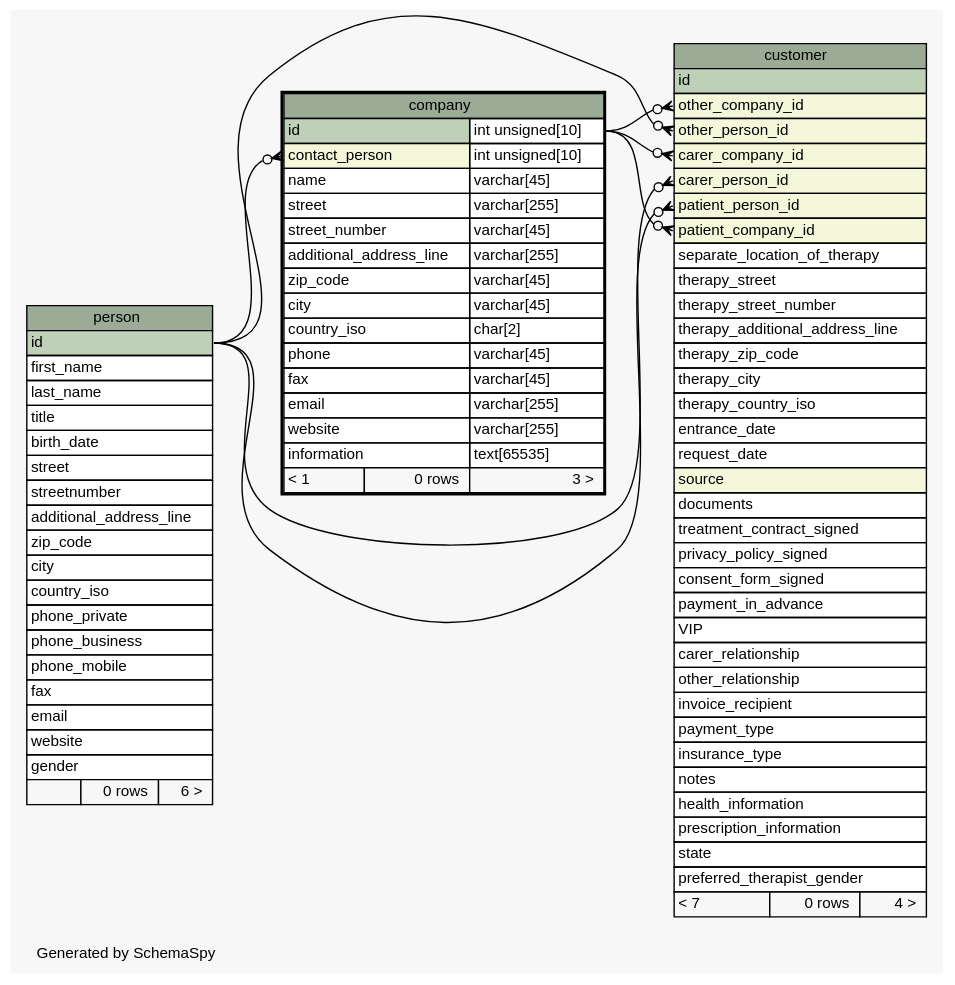
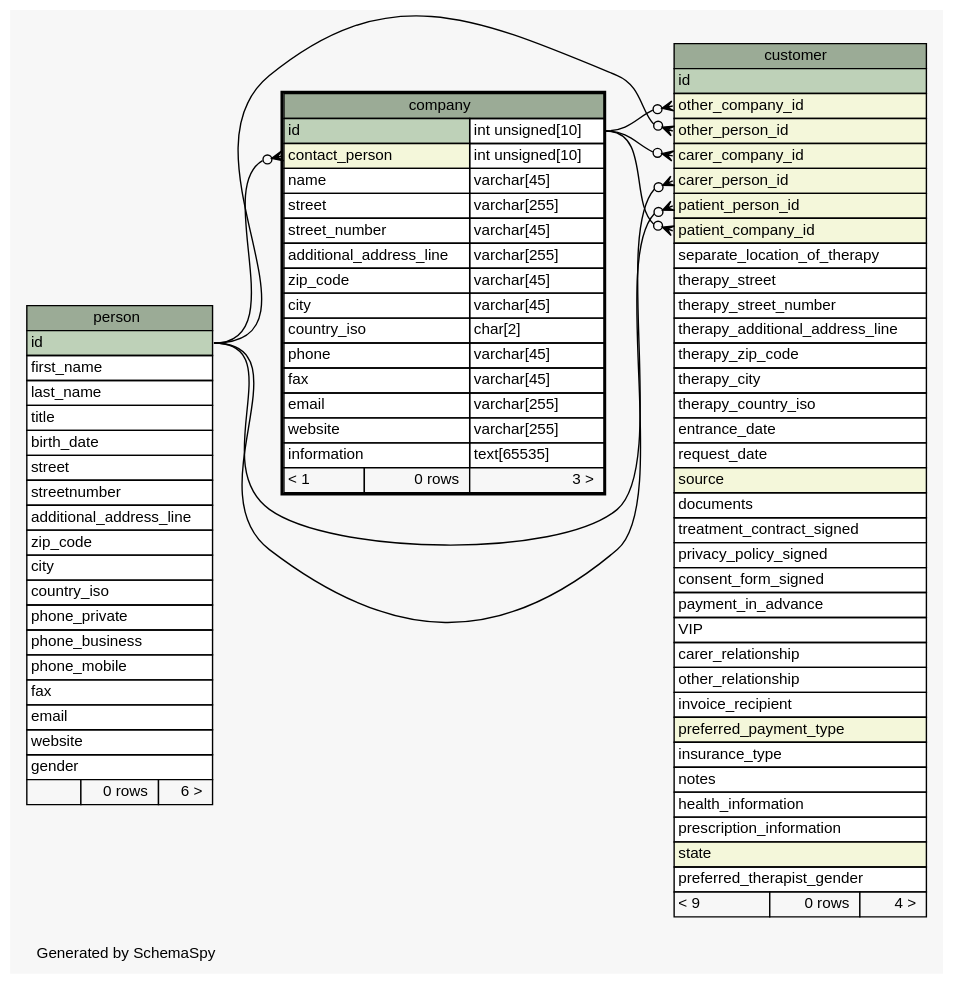
The diagram in diagrams/company.1degree.dot (KaiBMP/KaiBMP.github.io), drawn with Graphviz before and after one commit. The commit also changed 122 other files, not shown here.

Commit message:
schemaspy update

```diff
--- a/diagrams/company.1degree.dot
+++ b/diagrams/company.1degree.dot
@@ -1,121 +1,121 @@
 // dot 2.40.1 on Linux 5.0.0-37-generic
 // SchemaSpy rev 590
 digraph "oneDegreeRelationshipsDiagram" {
   graph [
     rankdir="RL"
     bgcolor="#f7f7f7"
     label="\nGenerated by SchemaSpy"
     labeljust="l"
     nodesep="0.18"
     ranksep="0.46"
     fontname="Helvetica"
     fontsize="11"
   ];
   node [
     fontname="Helvetica"
     fontsize="11"
     shape="plaintext"
   ];
   edge [
     arrowsize="0.8"
   ];
   "company":"contact_person":w -> "person":"id":e [arrowhead=none dir=back arrowtail=crowodot];
   "customer":"carer_company_id":w -> "company":"id.type":e [arrowhead=none dir=back arrowtail=crowodot];
   "customer":"carer_person_id":w -> "person":"id":e [arrowhead=none dir=back arrowtail=crowodot];
   "customer":"other_company_id":w -> "company":"id.type":e [arrowhead=none dir=back arrowtail=crowodot];
   "customer":"other_person_id":w -> "person":"id":e [arrowhead=none dir=back arrowtail=crowodot];
   "customer":"patient_company_id":w -> "company":"id.type":e [arrowhead=none dir=back arrowtail=crowodot];
   "customer":"patient_person_id":w -> "person":"id":e [arrowhead=none dir=back arrowtail=crowodot];
   "company" [
     label=<
     <TABLE BORDER="2" CELLBORDER="1" CELLSPACING="0" BGCOLOR="#ffffff">
       <TR><TD COLSPAN="3" BGCOLOR="#9bab96" ALIGN="CENTER">company</TD></TR>
       <TR><TD PORT="id" COLSPAN="2" BGCOLOR="#bed1b8" ALIGN="LEFT">id</TD><TD PORT="id.type" ALIGN="LEFT">int unsigned[10]</TD></TR>
       <TR><TD PORT="contact_person" COLSPAN="2" BGCOLOR="#f4f7da" ALIGN="LEFT">contact_person</TD><TD PORT="contact_person.type" ALIGN="LEFT">int unsigned[10]</TD></TR>
       <TR><TD PORT="name" COLSPAN="2" ALIGN="LEFT">name</TD><TD PORT="name.type" ALIGN="LEFT">varchar[45]</TD></TR>
       <TR><TD PORT="street" COLSPAN="2" ALIGN="LEFT">street</TD><TD PORT="street.type" ALIGN="LEFT">varchar[255]</TD></TR>
       <TR><TD PORT="street_number" COLSPAN="2" ALIGN="LEFT">street_number</TD><TD PORT="street_number.type" ALIGN="LEFT">varchar[45]</TD></TR>
       <TR><TD PORT="additional_address_line" COLSPAN="2" ALIGN="LEFT">additional_address_line</TD><TD PORT="additional_address_line.type" ALIGN="LEFT">varchar[255]</TD></TR>
       <TR><TD PORT="zip_code" COLSPAN="2" ALIGN="LEFT">zip_code</TD><TD PORT="zip_code.type" ALIGN="LEFT">varchar[45]</TD></TR>
       <TR><TD PORT="city" COLSPAN="2" ALIGN="LEFT">city</TD><TD PORT="city.type" ALIGN="LEFT">varchar[45]</TD></TR>
       <TR><TD PORT="country_iso" COLSPAN="2" ALIGN="LEFT">country_iso</TD><TD PORT="country_iso.type" ALIGN="LEFT">char[2]</TD></TR>
       <TR><TD PORT="phone" COLSPAN="2" ALIGN="LEFT">phone</TD><TD PORT="phone.type" ALIGN="LEFT">varchar[45]</TD></TR>
       <TR><TD PORT="fax" COLSPAN="2" ALIGN="LEFT">fax</TD><TD PORT="fax.type" ALIGN="LEFT">varchar[45]</TD></TR>
       <TR><TD PORT="email" COLSPAN="2" ALIGN="LEFT">email</TD><TD PORT="email.type" ALIGN="LEFT">varchar[255]</TD></TR>
       <TR><TD PORT="website" COLSPAN="2" ALIGN="LEFT">website</TD><TD PORT="website.type" ALIGN="LEFT">varchar[255]</TD></TR>
       <TR><TD PORT="information" COLSPAN="2" ALIGN="LEFT">information</TD><TD PORT="information.type" ALIGN="LEFT">text[65535]</TD></TR>
       <TR><TD ALIGN="LEFT" BGCOLOR="#f7f7f7">&lt; 1</TD><TD ALIGN="RIGHT" BGCOLOR="#f7f7f7">0 rows</TD><TD ALIGN="RIGHT" BGCOLOR="#f7f7f7">3 &gt;</TD></TR>
     </TABLE>>
     URL="company.html"
     tooltip="company"
   ];
   "customer" [
     label=<
     <TABLE BORDER="0" CELLBORDER="1" CELLSPACING="0" BGCOLOR="#ffffff">
       <TR><TD COLSPAN="3" BGCOLOR="#9bab96" ALIGN="CENTER">customer</TD></TR>
       <TR><TD PORT="id" COLSPAN="3" BGCOLOR="#bed1b8" ALIGN="LEFT">id</TD></TR>
       <TR><TD PORT="other_company_id" COLSPAN="3" BGCOLOR="#f4f7da" ALIGN="LEFT">other_company_id</TD></TR>
       <TR><TD PORT="other_person_id" COLSPAN="3" BGCOLOR="#f4f7da" ALIGN="LEFT">other_person_id</TD></TR>
       <TR><TD PORT="carer_company_id" COLSPAN="3" BGCOLOR="#f4f7da" ALIGN="LEFT">carer_company_id</TD></TR>
       <TR><TD PORT="carer_person_id" COLSPAN="3" BGCOLOR="#f4f7da" ALIGN="LEFT">carer_person_id</TD></TR>
       <TR><TD PORT="patient_person_id" COLSPAN="3" BGCOLOR="#f4f7da" ALIGN="LEFT">patient_person_id</TD></TR>
       <TR><TD PORT="patient_company_id" COLSPAN="3" BGCOLOR="#f4f7da" ALIGN="LEFT">patient_company_id</TD></TR>
       <TR><TD PORT="separate_location_of_therapy" COLSPAN="3" ALIGN="LEFT">separate_location_of_therapy</TD></TR>
       <TR><TD PORT="therapy_street" COLSPAN="3" ALIGN="LEFT">therapy_street</TD></TR>
       <TR><TD PORT="therapy_street_number" COLSPAN="3" ALIGN="LEFT">therapy_street_number</TD></TR>
       <TR><TD PORT="therapy_additional_address_line" COLSPAN="3" ALIGN="LEFT">therapy_additional_address_line</TD></TR>
       <TR><TD PORT="therapy_zip_code" COLSPAN="3" ALIGN="LEFT">therapy_zip_code</TD></TR>
       <TR><TD PORT="therapy_city" COLSPAN="3" ALIGN="LEFT">therapy_city</TD></TR>
       <TR><TD PORT="therapy_country_iso" COLSPAN="3" ALIGN="LEFT">therapy_country_iso</TD></TR>
       <TR><TD PORT="entrance_date" COLSPAN="3" ALIGN="LEFT">entrance_date</TD></TR>
       <TR><TD PORT="request_date" COLSPAN="3" ALIGN="LEFT">request_date</TD></TR>
       <TR><TD PORT="source" COLSPAN="3" BGCOLOR="#f4f7da" ALIGN="LEFT">source</TD></TR>
       <TR><TD PORT="documents" COLSPAN="3" ALIGN="LEFT">documents</TD></TR>
       <TR><TD PORT="treatment_contract_signed" COLSPAN="3" ALIGN="LEFT">treatment_contract_signed</TD></TR>
       <TR><TD PORT="privacy_policy_signed" COLSPAN="3" ALIGN="LEFT">privacy_policy_signed</TD></TR>
       <TR><TD PORT="consent_form_signed" COLSPAN="3" ALIGN="LEFT">consent_form_signed</TD></TR>
       <TR><TD PORT="payment_in_advance" COLSPAN="3" ALIGN="LEFT">payment_in_advance</TD></TR>
       <TR><TD PORT="VIP" COLSPAN="3" ALIGN="LEFT">VIP</TD></TR>
       <TR><TD PORT="carer_relationship" COLSPAN="3" ALIGN="LEFT">carer_relationship</TD></TR>
       <TR><TD PORT="other_relationship" COLSPAN="3" ALIGN="LEFT">other_relationship</TD></TR>
       <TR><TD PORT="invoice_recipient" COLSPAN="3" ALIGN="LEFT">invoice_recipient</TD></TR>
-      <TR><TD PORT="payment_type" COLSPAN="3" ALIGN="LEFT">payment_type</TD></TR>
+      <TR><TD PORT="preferred_payment_type" COLSPAN="3" BGCOLOR="#f4f7da" ALIGN="LEFT">preferred_payment_type</TD></TR>
       <TR><TD PORT="insurance_type" COLSPAN="3" ALIGN="LEFT">insurance_type</TD></TR>
       <TR><TD PORT="notes" COLSPAN="3" ALIGN="LEFT">notes</TD></TR>
       <TR><TD PORT="health_information" COLSPAN="3" ALIGN="LEFT">health_information</TD></TR>
       <TR><TD PORT="prescription_information" COLSPAN="3" ALIGN="LEFT">prescription_information</TD></TR>
-      <TR><TD PORT="state" COLSPAN="3" ALIGN="LEFT">state</TD></TR>
+      <TR><TD PORT="state" COLSPAN="3" BGCOLOR="#f4f7da" ALIGN="LEFT">state</TD></TR>
       <TR><TD PORT="preferred_therapist_gender" COLSPAN="3" ALIGN="LEFT">preferred_therapist_gender</TD></TR>
-      <TR><TD ALIGN="LEFT" BGCOLOR="#f7f7f7">&lt; 7</TD><TD ALIGN="RIGHT" BGCOLOR="#f7f7f7">0 rows</TD><TD ALIGN="RIGHT" BGCOLOR="#f7f7f7">4 &gt;</TD></TR>
+      <TR><TD ALIGN="LEFT" BGCOLOR="#f7f7f7">&lt; 9</TD><TD ALIGN="RIGHT" BGCOLOR="#f7f7f7">0 rows</TD><TD ALIGN="RIGHT" BGCOLOR="#f7f7f7">4 &gt;</TD></TR>
     </TABLE>>
     URL="customer.html"
     tooltip="customer"
   ];
   "person" [
     label=<
     <TABLE BORDER="0" CELLBORDER="1" CELLSPACING="0" BGCOLOR="#ffffff">
       <TR><TD COLSPAN="3" BGCOLOR="#9bab96" ALIGN="CENTER">person</TD></TR>
       <TR><TD PORT="id" COLSPAN="3" BGCOLOR="#bed1b8" ALIGN="LEFT">id</TD></TR>
       <TR><TD PORT="first_name" COLSPAN="3" ALIGN="LEFT">first_name</TD></TR>
       <TR><TD PORT="last_name" COLSPAN="3" ALIGN="LEFT">last_name</TD></TR>
       <TR><TD PORT="title" COLSPAN="3" ALIGN="LEFT">title</TD></TR>
       <TR><TD PORT="birth_date" COLSPAN="3" ALIGN="LEFT">birth_date</TD></TR>
       <TR><TD PORT="street" COLSPAN="3" ALIGN="LEFT">street</TD></TR>
       <TR><TD PORT="streetnumber" COLSPAN="3" ALIGN="LEFT">streetnumber</TD></TR>
       <TR><TD PORT="additional_address_line" COLSPAN="3" ALIGN="LEFT">additional_address_line</TD></TR>
       <TR><TD PORT="zip_code" COLSPAN="3" ALIGN="LEFT">zip_code</TD></TR>
       <TR><TD PORT="city" COLSPAN="3" ALIGN="LEFT">city</TD></TR>
       <TR><TD PORT="country_iso" COLSPAN="3" ALIGN="LEFT">country_iso</TD></TR>
       <TR><TD PORT="phone_private" COLSPAN="3" ALIGN="LEFT">phone_private</TD></TR>
       <TR><TD PORT="phone_business" COLSPAN="3" ALIGN="LEFT">phone_business</TD></TR>
       <TR><TD PORT="phone_mobile" COLSPAN="3" ALIGN="LEFT">phone_mobile</TD></TR>
       <TR><TD PORT="fax" COLSPAN="3" ALIGN="LEFT">fax</TD></TR>
       <TR><TD PORT="email" COLSPAN="3" ALIGN="LEFT">email</TD></TR>
       <TR><TD PORT="website" COLSPAN="3" ALIGN="LEFT">website</TD></TR>
       <TR><TD PORT="gender" COLSPAN="3" ALIGN="LEFT">gender</TD></TR>
       <TR><TD ALIGN="LEFT" BGCOLOR="#f7f7f7">  </TD><TD ALIGN="RIGHT" BGCOLOR="#f7f7f7">0 rows</TD><TD ALIGN="RIGHT" BGCOLOR="#f7f7f7">6 &gt;</TD></TR>
     </TABLE>>
     URL="person.html"
     tooltip="person"
   ];
 }
```
